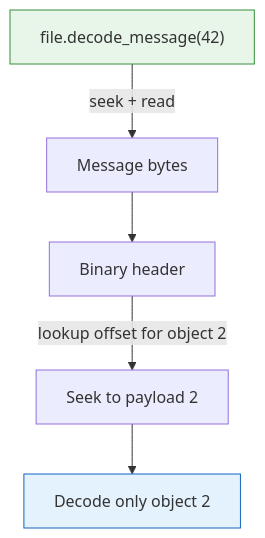
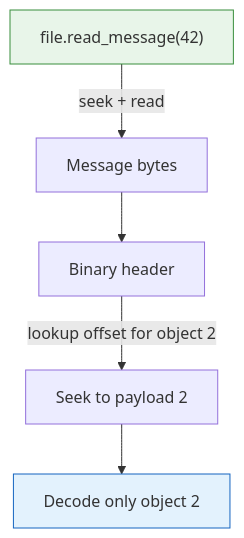
Before and after one commit to ecmwf/tensogram: the diagram in docs/src/guide/file-api.md, drawn with Mermaid. The commit also changed other lines of this file and 18 other files, not shown here.

````diff
--- a/docs/src/guide/file-api.md
+++ b/docs/src/guide/file-api.md
@@ -79,16 +103,16 @@
 ```mermaid
 flowchart TD
-    A["file.decode_message(42)"]
+    A["file.read_message(42)"]
     B["Message bytes"]
     C["Binary header"]
     D["Seek to payload 2"]
     E["Decode only object 2"]
 
     A -- "seek + read" --> B
     B --> C
     C -- "lookup offset for object 2" --> D
     D --> E
 
     style A fill:#e8f5e9,stroke:#388e3c
     style E fill:#e3f2fd,stroke:#1565c0
 ```
````
